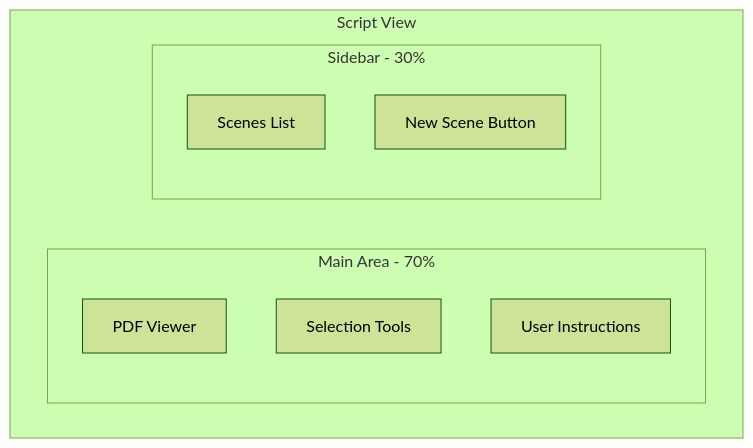
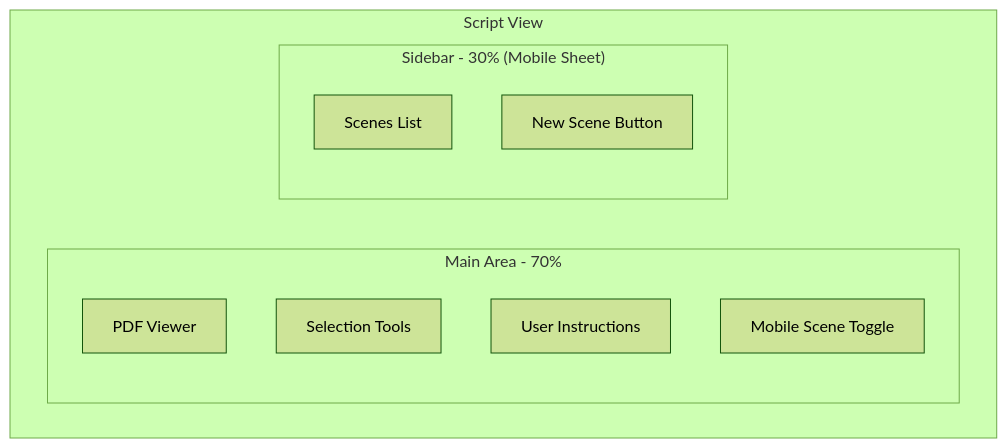
One commit to PierreTsia/script-flow changed the second of 5 diagrams in docs/frontend.md. Above: the diagram before and after it, drawn with Mermaid (forest theme). The commit also changed other lines of this file and 27 other files, not shown here.

````diff
--- a/docs/frontend.md
+++ b/docs/frontend.md
@@ -127,15 +127,16 @@
 ```mermaid
 graph TD
     subgraph ScriptView[Script View]
         direction LR
-        subgraph MainArea[Main Area - 70%]
+        subgraph MainArea["Main Area - 70%"]
             PDF[PDF Viewer]
             Selection[Selection Tools]
             Instructions[User Instructions]
+            MobileToggle[Mobile Scene Toggle]
         end
-        subgraph Sidebar[Sidebar - 30%]
+        subgraph Sidebar["Sidebar - 30% (Mobile Sheet)"]
             ScenesList[Scenes List]
             CreateNew[New Scene Button]
         end
     end
 ```
````
